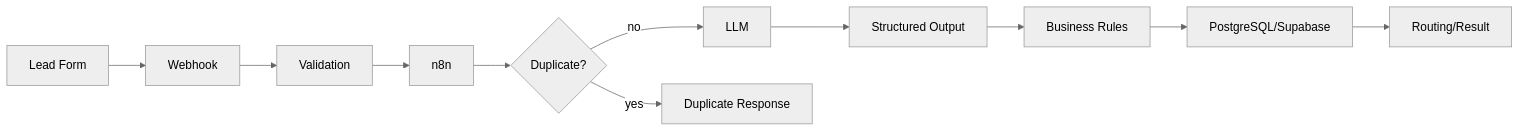
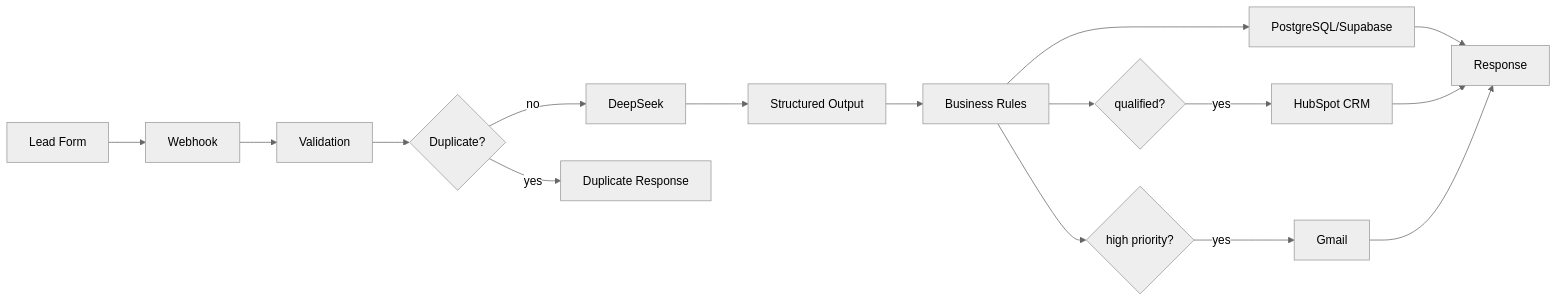
The first of 2 diagrams in README.md (paulohenrique-dev-br/ai-lead-qualification-automation), drawn with Mermaid (neutral theme) before and after one commit. The commit also changed other lines of this file and 11 other files, not shown here.

````diff
--- a/README.md
+++ b/README.md
@@ -23,13 +24,18 @@
 ```mermaid
 flowchart LR
     A[Lead Form] --> B[Webhook]
     B --> C[Validation]
-    C --> D[n8n]
-    D --> E{Duplicate?}
-    E -- no --> F[LLM]
-    F --> G[Structured Output]
-    G --> H[Business Rules]
-    H --> I[PostgreSQL/Supabase]
-    I --> J[Routing/Result]
-    E -- yes --> K[Duplicate Response]
+    C --> D{Duplicate?}
+    D -- no --> E[DeepSeek]
+    E --> F[Structured Output]
+    F --> G[Business Rules]
+    G --> H[PostgreSQL/Supabase]
+    G --> I{qualified?}
+    I -- yes --> J[HubSpot CRM]
+    G --> K{high priority?}
+    K -- yes --> L[Gmail]
+    H --> M[Response]
+    J --> M
+    L --> M
+    D -- yes --> N[Duplicate Response]
 ```
````
